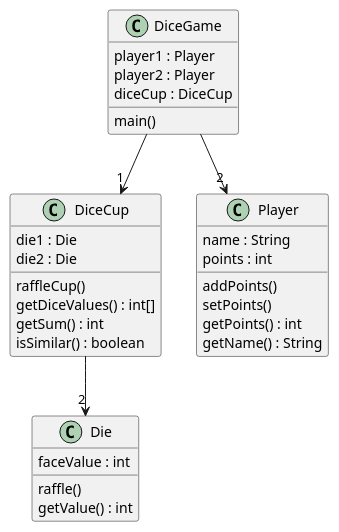
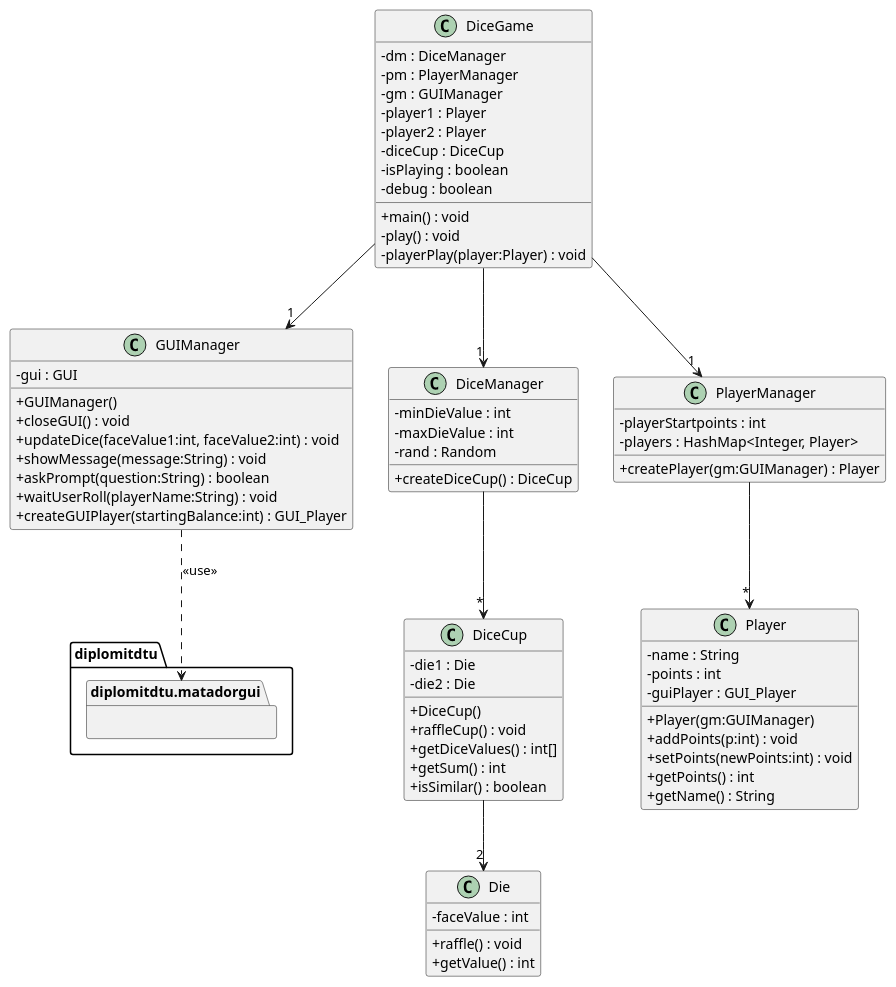
Before and after one commit to DTUSoftware/25_del1: the diagram in src/main/resources/DesignClassDiagram.puml, drawn with PlantUML. The commit also changed 2 other files, not shown here.

Commit message:
Diagram updates to reflect new GUI code

```diff
--- a/src/main/resources/DesignClassDiagram.puml
+++ b/src/main/resources/DesignClassDiagram.puml
@@ -1,43 +1,110 @@
 @startuml
 'https://plantuml.com/class-diagram
 
+skinparam classAttributeIconSize 0
+
 class DiceGame {
-    player1 : Player
-    player2 : Player
-    diceCup : DiceCup
+    -dm : DiceManager
+    -pm : PlayerManager
+    -gm : GUIManager
+    -player1 : Player
+    -player2 : Player
+    -diceCup : DiceCup
+    -isPlaying : boolean
+    -debug : boolean
 
-    main()
+    +main() : void
+    -play() : void
+    -playerPlay(player:Player) : void
+}
+
+class GUIManager {
+    -gui : GUI
+
+    +GUIManager()
+    +closeGUI() : void
+    +updateDice(faceValue1:int, faceValue2:int) : void
+    +showMessage(message:String) : void
+    +askPrompt(question:String) : boolean
+    +waitUserRoll(playerName:String) : void
+    +createGUIPlayer(startingBalance:int) : GUI_Player
+}
+
+package diplomitdtu.matadorgui {}
+
+'package diplomitdtu.matadorgui.gui_main {
+'    class GUI {
+''        +GUI(fields:GUI_Field[], backGroundColor:Color)
+''        +close() : void
+''        +setDice(faceValue1:int, faceValue2:int) : void
+''        +showMessage(msg:String) : void
+''        +getUserLeftButtonPressed(msg:String, trueButton:String, falseButton:String) : boolean
+''        +getUserString(msg:String) : String
+''        +addPlayer(player:GUI_Player) : void
+'    }
+'}
+
+
+
+'package diplomitdtu.matadorgui.gui_fields {
+'    class GUI_Player {
+''        +GUI_Player(name:String, balance:int, car:GUI_Car)
+''        +getName() : String
+''        +setBalance(balance:int) : void
+'    }
+'}
+
+class DiceManager {
+    -minDieValue : int
+    -maxDieValue : int
+    -rand : Random
+
+    +createDiceCup() : DiceCup
+}
+
+class DiceCup {
+    -die1 : Die
+    -die2 : Die
+
+    +DiceCup()
+    +raffleCup() : void
+    +getDiceValues() : int[]
+    +getSum() : int
+    +isSimilar() : boolean
 }
 
 class Die {
-    faceValue : int
+    -faceValue : int
 
-    raffle()
-    getValue() : int
+    +raffle() : void
+    +getValue() : int
 }
 
-class DiceCup {
-    die1 : Die
-    die2 : Die
+class PlayerManager {
+    -playerStartpoints : int
+    -players : HashMap<Integer, Player>
 
-    raffleCup()
-    getDiceValues() : int[]
-    getSum() : int
-    isSimilar() : boolean
+    +createPlayer(gm:GUIManager) : Player
 }
 
 class Player {
-    name : String
-    points : int
+    -name : String
+    -points : int
+    -guiPlayer : GUI_Player
 
-    addPoints()
-    setPoints()
-    getPoints() : int
-    getName() : String
+    +Player(gm:GUIManager)
+    +addPoints(p:int) : void
+    +setPoints(newPoints:int) : void
+    +getPoints() : int
+    +getName() : String
 }
 
-DiceGame --> "2" Player
-DiceGame --> "1" DiceCup
+DiceGame --> "1" PlayerManager
+DiceGame --> "1" DiceManager
+DiceGame --> "1" GUIManager
+DiceManager --> "*" DiceCup
 DiceCup --> "2" Die
+PlayerManager --> "*" Player
+GUIManager ..> diplomitdtu.matadorgui : <<use>>
 
 @enduml
```
